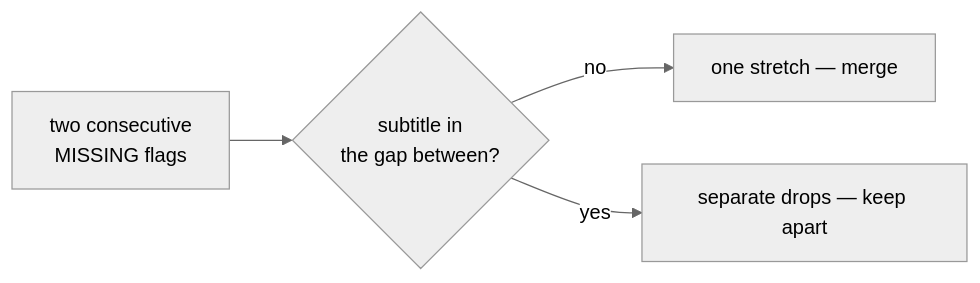
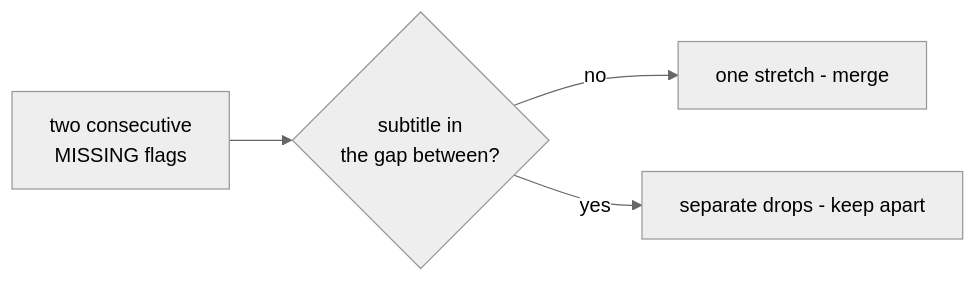
One commit to rahulshendre/Burn-in-subtitle-checker changed the second of 2 diagrams in docs/STAGE2.md. Above: the diagram before and after it, drawn with Mermaid (neutral theme). The commit also changed other lines of this file and 42 other files, not shown here.

````diff
--- a/docs/STAGE2.md
+++ b/docs/STAGE2.md
@@ -138,6 +138,6 @@
 ```mermaid
 flowchart LR
     A["two consecutive<br/>MISSING flags"] --> B{"subtitle in<br/>the gap between?"}
-    B -- "no" --> C["one stretch — merge"]
-    B -- "yes" --> D["separate drops — keep apart"]
+    B -- "no" --> C["one stretch - merge"]
+    B -- "yes" --> D["separate drops - keep apart"]
 ```
````
